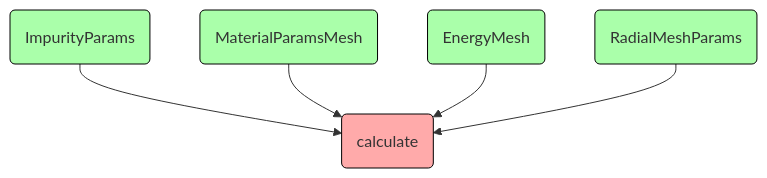
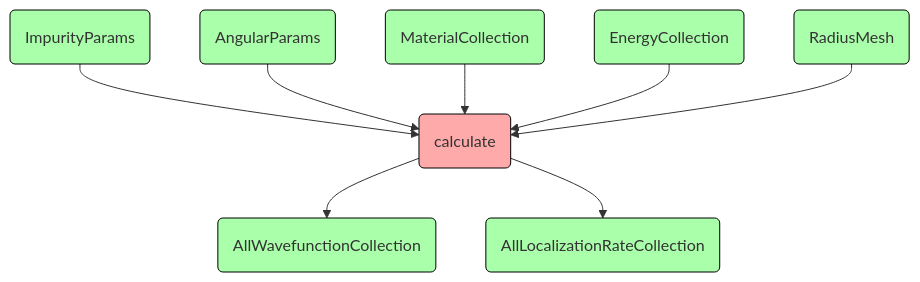
Before and after one commit to MaksimZh/hw: the first of 3 diagrams in 04_design_vision/design_vision.md, drawn with Mermaid. The commit also changed other lines of this file, not shown here.

````diff
--- a/04_design_vision/design_vision.md
+++ b/04_design_vision/design_vision.md
@@ -3,12 +4,15 @@
 ```mermaid
 graph TD;
     imp(ImpurityParams) --> calc(calculate)
-    xm(MaterialParamsMesh) --> calc
-    em(EnergyMesh) --> calc
-    rm(RadialMeshParams) --> calc
+    ang(AngularParams) --> calc
+    mat(MaterialCollection) --> calc
+    en(EnergyCollection) --> calc
+    rad(RadiusMesh) --> calc
+    calc --> wf(AllWavefunctionCollection)
+    calc --> lr(AllLocalizationRateCollection)
 
     classDef proc fill:#faa, stroke:#000
     classDef data fill:#afa, stroke:#000
-    class imp,xm,em,rm data
+    class imp,ang,mat,en,rad,wf,lr data
     class calc proc
 ```
````
